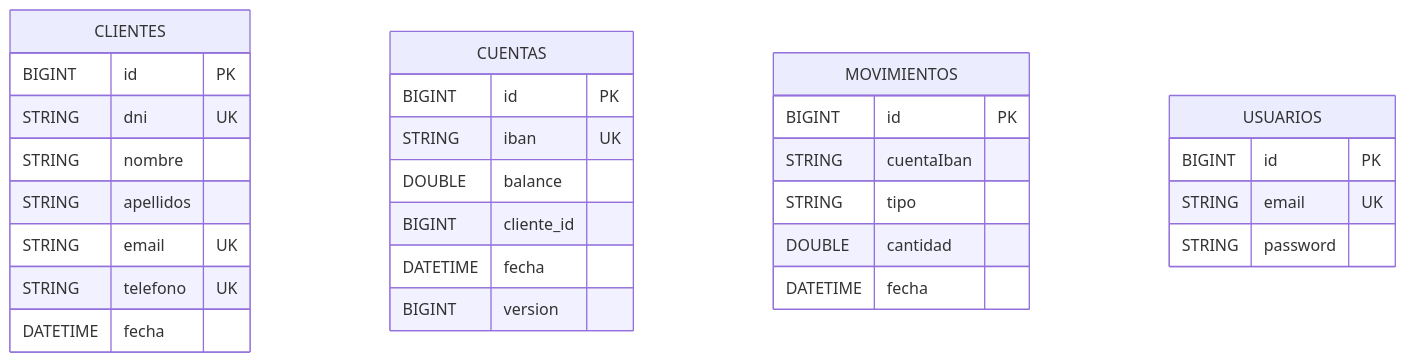
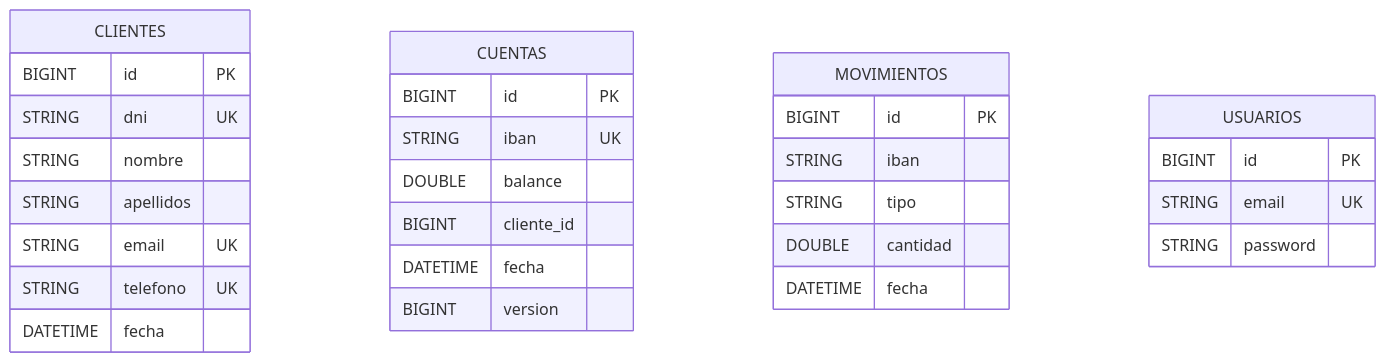
Before and after one commit to jlangon187/NovaBank: the fourth of 5 diagrams in README.md, drawn with Mermaid. The commit also changed other lines of this file, not shown here.

````diff
--- a/README.md
+++ b/README.md
@@ -103,35 +125,35 @@
 ```mermaid
 erDiagram
     CLIENTES {
       BIGINT id PK
       STRING dni UK
       STRING nombre
       STRING apellidos
       STRING email UK
       STRING telefono UK
       DATETIME fecha
     }
 
     CUENTAS {
       BIGINT id PK
       STRING iban UK
       DOUBLE balance
       BIGINT cliente_id
       DATETIME fecha
       BIGINT version
     }
 
     MOVIMIENTOS {
       BIGINT id PK
-      STRING cuentaIban
+      STRING iban
       STRING tipo
       DOUBLE cantidad
       DATETIME fecha
     }
 
     USUARIOS {
       BIGINT id PK
       STRING email UK
       STRING password
     }
 ```
````
